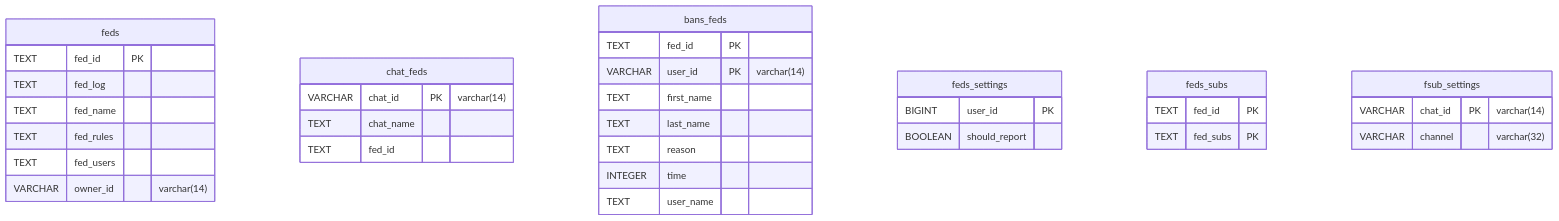
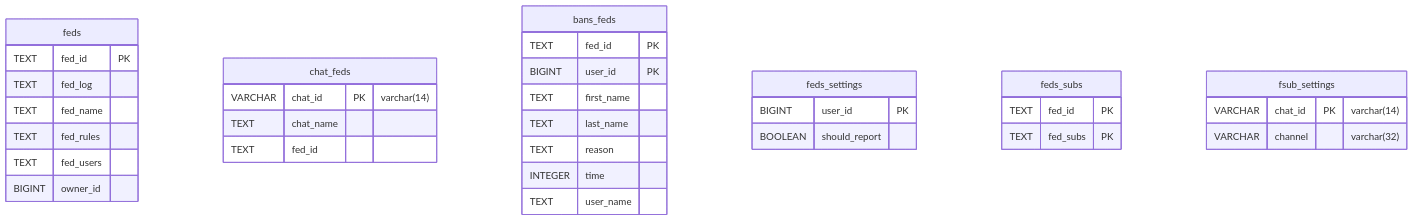
One commit to bisug/YaeMiko-V2 changed the fifth of 10 diagrams in docs/DATABASE.md. Above: the diagram before and after it, drawn with Mermaid. The commit also changed other lines of this file and 5 other files, not shown here.

````diff
--- a/docs/DATABASE.md
+++ b/docs/DATABASE.md
@@ -354,37 +369,37 @@
 ```mermaid
 erDiagram
     feds {
         TEXT fed_id PK
         TEXT fed_log
         TEXT fed_name
         TEXT fed_rules
         TEXT fed_users
-        VARCHAR owner_id "varchar(14)"
+        BIGINT owner_id
     }
     chat_feds {
         VARCHAR chat_id PK "varchar(14)"
         TEXT chat_name
         TEXT fed_id
     }
     bans_feds {
         TEXT fed_id PK
-        VARCHAR user_id PK "varchar(14)"
+        BIGINT user_id PK
         TEXT first_name
         TEXT last_name
         TEXT reason
         INTEGER time
         TEXT user_name
     }
     feds_settings {
         BIGINT user_id PK
         BOOLEAN should_report
     }
     feds_subs {
         TEXT fed_id PK
         TEXT fed_subs PK
     }
     fsub_settings {
         VARCHAR chat_id PK "varchar(14)"
         VARCHAR channel "varchar(32)"
     }
 ```
````
